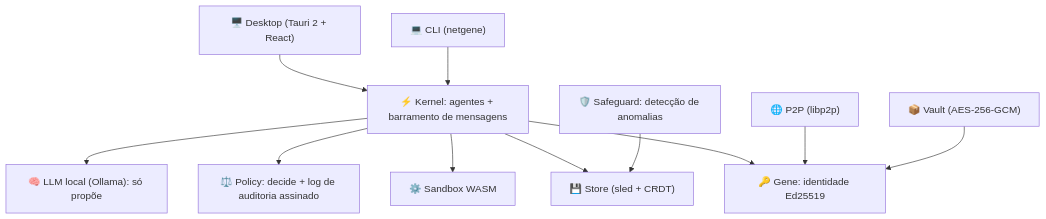
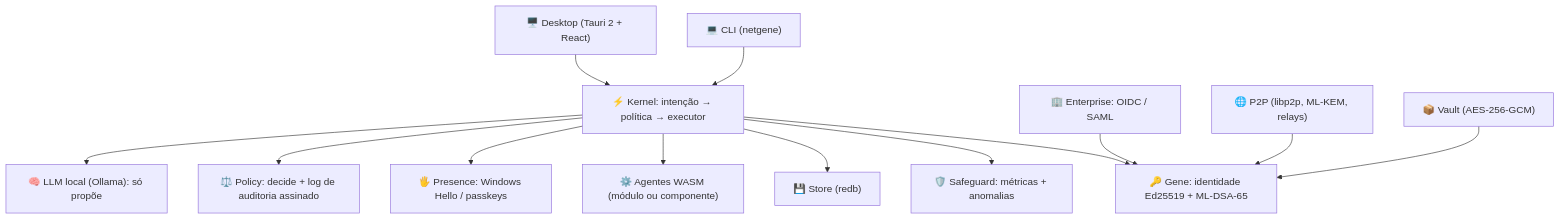
One commit to willan23/netgene-os changed the diagram in README.md. Above: the diagram before and after it, drawn with Mermaid. The commit also changed other lines of this file and 7 other files, not shown here.

First line of the commit message:
docs: v0.9.0 — README, roadmap and architecture for phase 4

````diff
--- a/README.md
+++ b/README.md
@@ -29,13 +29,15 @@
 ```mermaid
 graph TD
     UI["🖥️ Desktop (Tauri 2 + React)"] --> K
     CLI["💻 CLI (netgene)"] --> K
-    K["⚡ Kernel: agentes + barramento de mensagens"] --> LLM["🧠 LLM local (Ollama): só propõe"]
+    K["⚡ Kernel: intenção → política → executor"] --> LLM["🧠 LLM local (Ollama): só propõe"]
     K --> POL["⚖️ Policy: decide + log de auditoria assinado"]
-    K --> W["⚙️ Sandbox WASM"]
-    K --> S["💾 Store (sled + CRDT)"]
-    K --> G["🔑 Gene: identidade Ed25519"]
-    P["🌐 P2P (libp2p)"] --> G
+    K --> PR["🖐️ Presence: Windows Hello / passkeys"]
+    K --> W["⚙️ Agentes WASM (módulo ou componente)"]
+    K --> S["💾 Store (redb)"]
+    K --> SG["🛡️ Safeguard: métricas + anomalias"]
+    K --> G["🔑 Gene: identidade Ed25519 + ML-DSA-65"]
+    E["🏢 Enterprise: OIDC / SAML"] --> G
+    P["🌐 P2P (libp2p, ML-KEM, relays)"] --> G
     V["📦 Vault (AES-256-GCM)"] --> G
-    SG["🛡️ Safeguard: detecção de anomalias"] --> S
 ```
````
